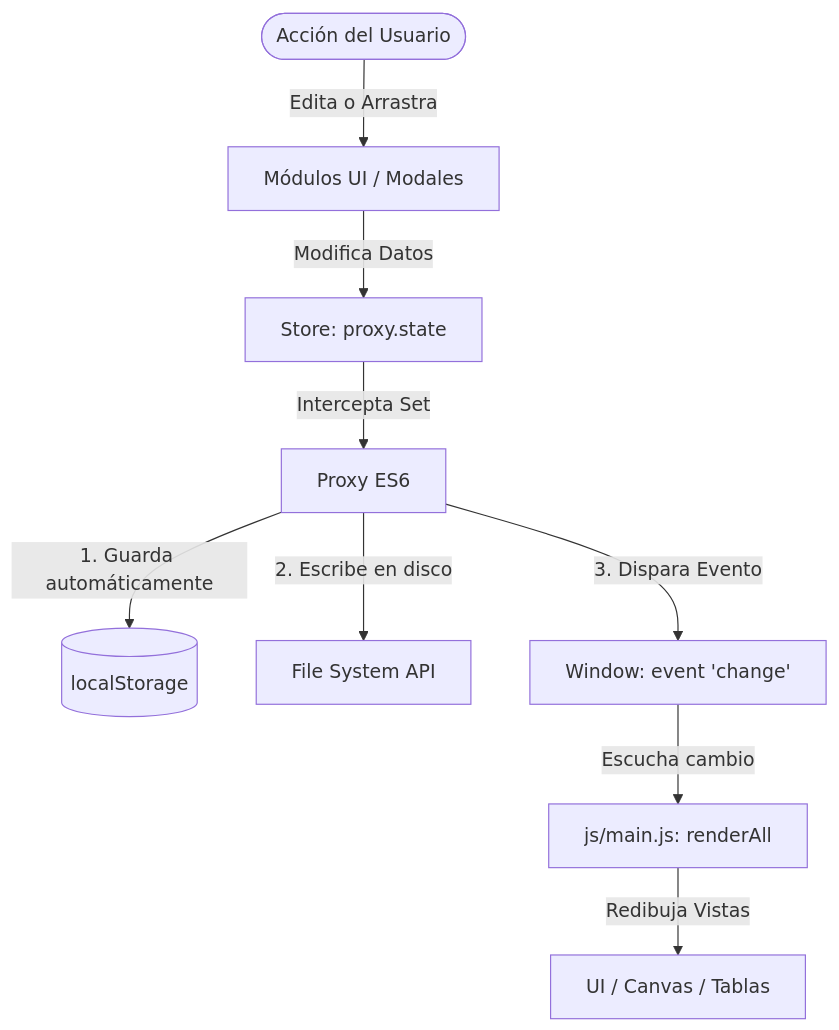
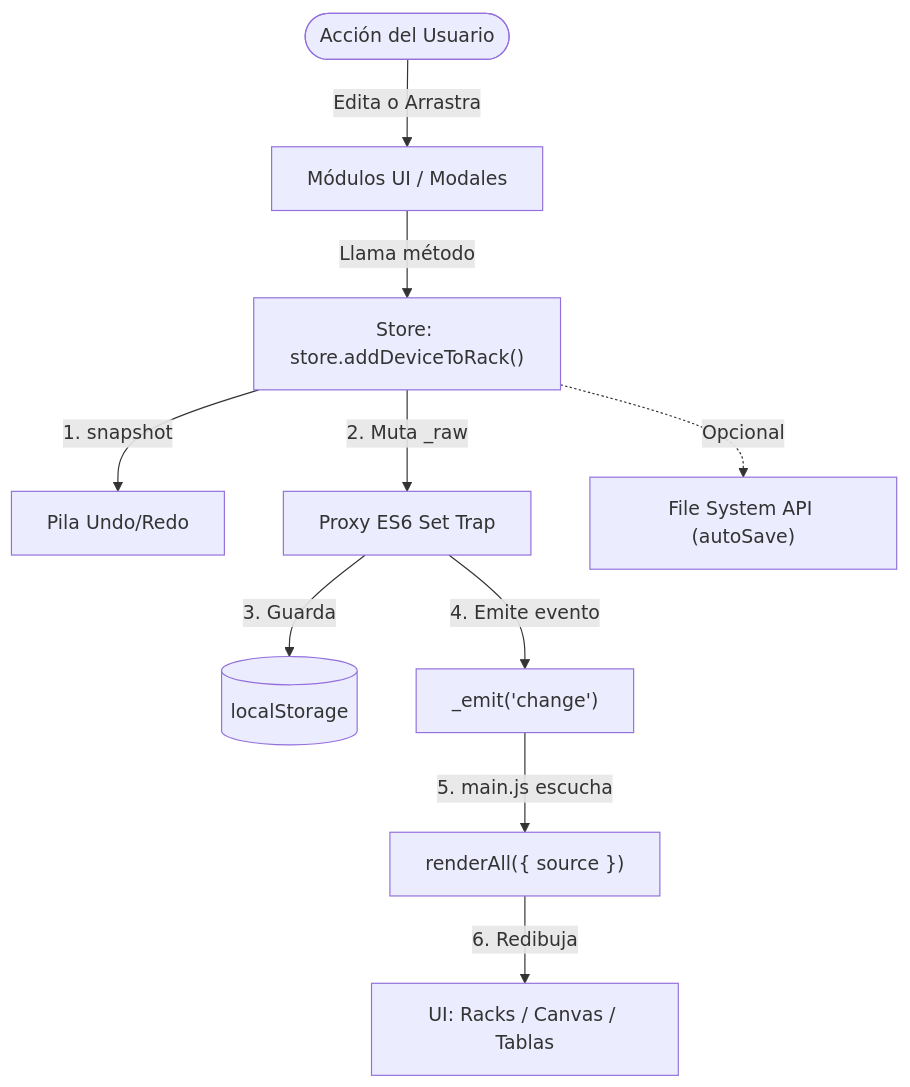
Before and after one commit to cnodfcuellar/Rack_Designer_2: the diagram in DOC/doc_md/CODEBASE_ORIENTATION_MAP.md, drawn with Mermaid. The commit also changed other lines of this file and 15 other files, not shown here.

First line of the commit message:
docs: sync architecture guide, manual, and map with current codebase

````diff
--- a/DOC/doc_md/CODEBASE_ORIENTATION_MAP.md
+++ b/DOC/doc_md/CODEBASE_ORIENTATION_MAP.md
@@ -42,11 +118,13 @@
 ```mermaid
 graph TD
     User([Acción del Usuario]) --> |Edita o Arrastra| UI[Módulos UI / Modales]
-    UI --> |Modifica Datos| Store[Store: proxy.state]
-    Store --> |Intercepta Set| Proxy[Proxy ES6]
-    Proxy --> |1. Guarda automáticamente| LocalStorage[(localStorage)]
-    Proxy --> |2. Escribe en disco| FileSys[File System API]
-    Proxy --> |3. Dispara Evento| Window[Window: event 'change']
-    Window --> |Escucha cambio| Main[js/main.js: renderAll]
-    Main --> |Redibuja Vistas| UI_Redraw[UI / Canvas / Tablas]
+    UI --> |Llama método| Store["Store: store.addDeviceToRack()"]
+    Store --> |1. snapshot| Undo[Pila Undo/Redo]
+    Store --> |2. Muta _raw| Proxy[Proxy ES6 Set Trap]
+    Proxy --> |3. Guarda| LocalStorage[(localStorage)]
+    Proxy --> |4. Emite evento| Emit["_emit('change')"]
+    Emit --> |5. main.js escucha| RenderAll["renderAll({ source })"]
+    RenderAll --> |6. Redibuja| Views[UI: Racks / Canvas / Tablas]
+    
+    Store -.-> |Opcional| FileSys["File System API (autoSave)"]
 ```
````
